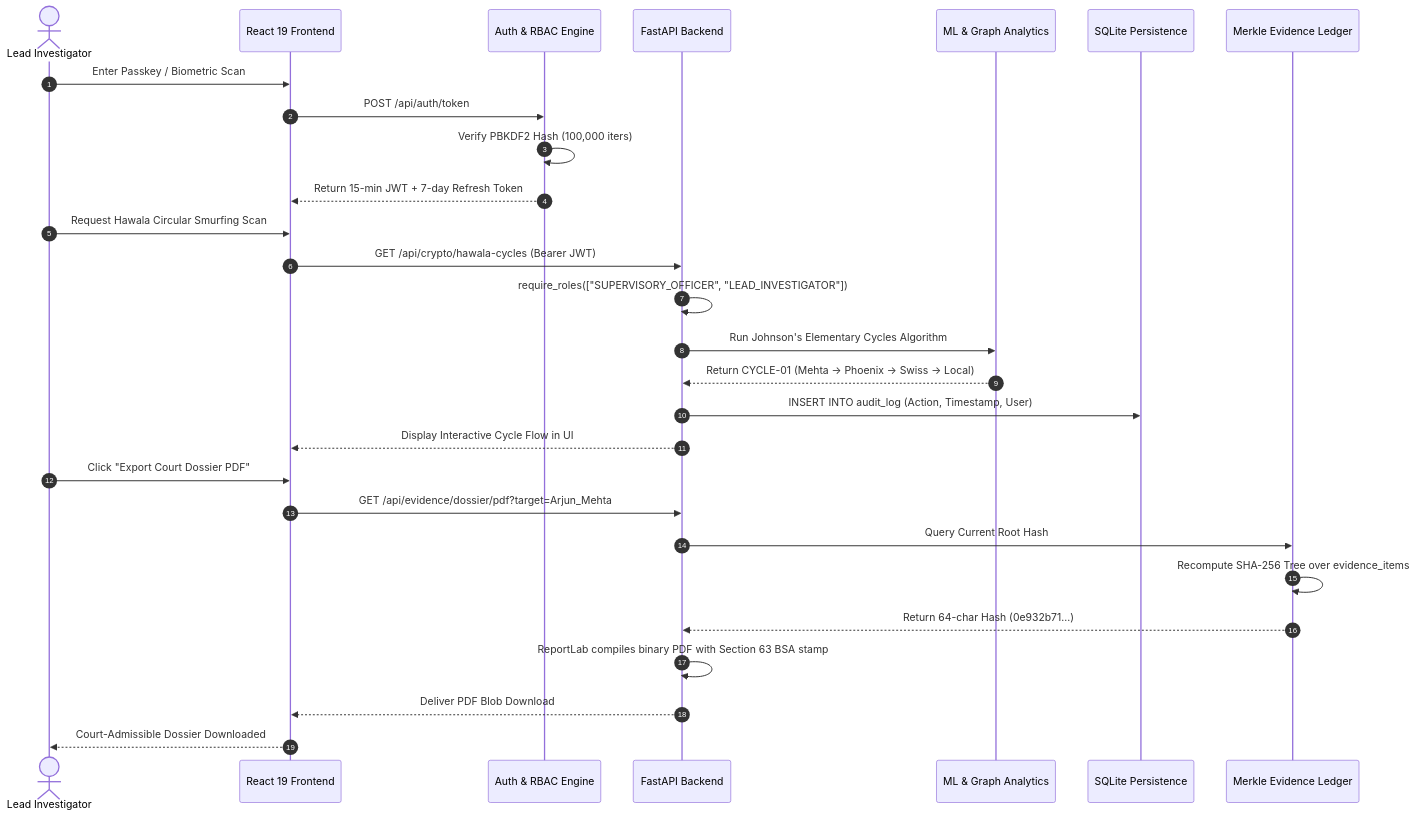
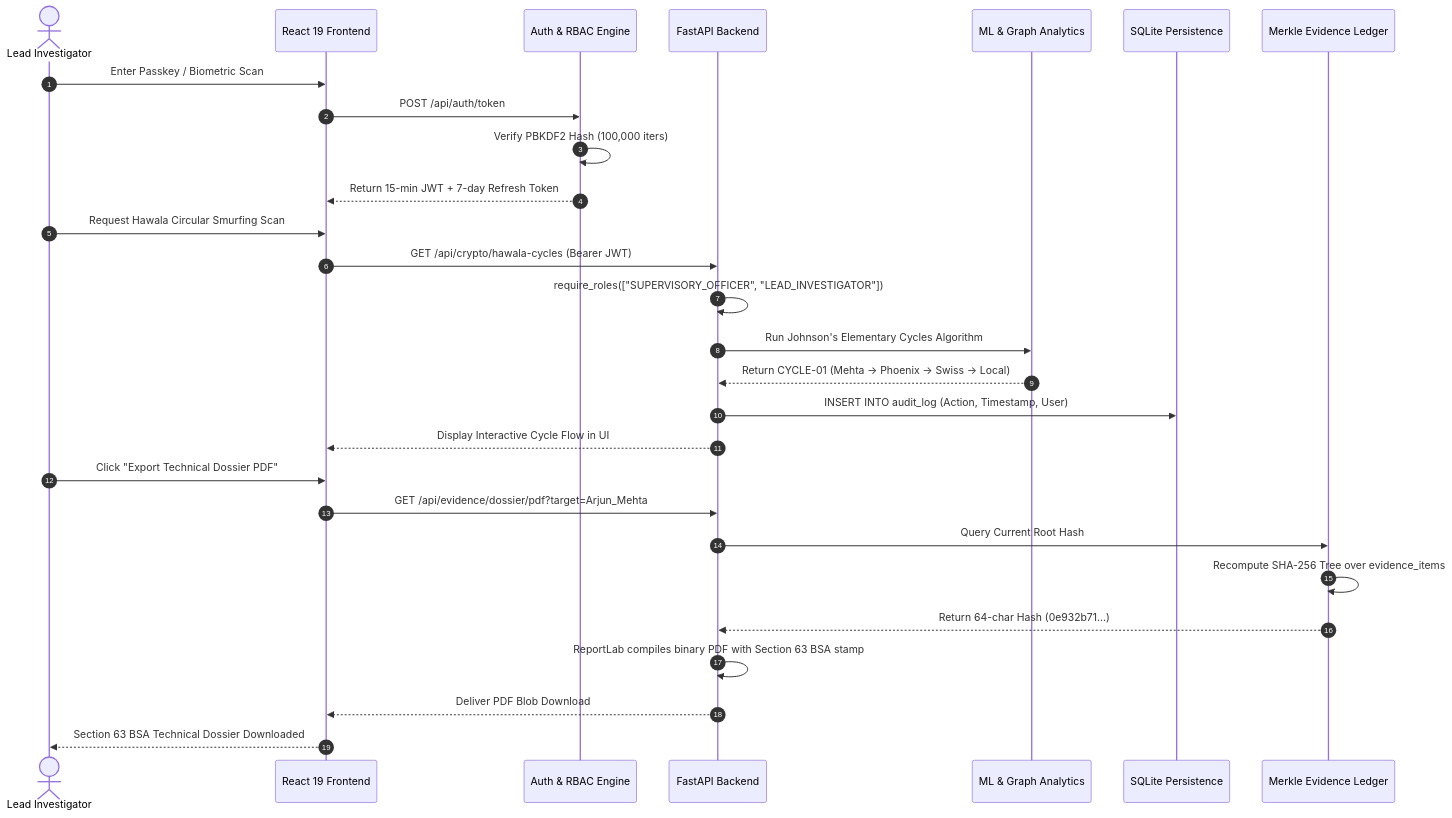
The first of 3 diagrams in CRIMENET_AI_COMPLETE_MASTER_GUIDE.md (pawaraditya0903/crimenet-ai), drawn with Mermaid before and after one commit. The commit also changed other lines of this file and 2 other files, not shown here.

Commit message:
docs: calibrate master PDF documentation and guide with empirical 10k benchmark and verified technical integrity

````diff
--- a/CRIMENET_AI_COMPLETE_MASTER_GUIDE.md
+++ b/CRIMENET_AI_COMPLETE_MASTER_GUIDE.md
@@ -187,33 +187,33 @@
 ```mermaid
 sequenceDiagram
     autonumber
     actor Officer as Lead Investigator
     participant UI as React 19 Frontend
     participant Auth as Auth & RBAC Engine
     participant API as FastAPI Backend
     participant ML as ML & Graph Analytics
     participant DB as SQLite Persistence
     participant Merkle as Merkle Evidence Ledger
 
     Officer->>UI: Enter Passkey / Biometric Scan
     UI->>Auth: POST /api/auth/token
     Auth->>Auth: Verify PBKDF2 Hash (100,000 iters)
     Auth-->>UI: Return 15-min JWT + 7-day Refresh Token
     
     Officer->>UI: Request Hawala Circular Smurfing Scan
     UI->>API: GET /api/crypto/hawala-cycles (Bearer JWT)
     API->>API: require_roles(["SUPERVISORY_OFFICER", "LEAD_INVESTIGATOR"])
     API->>ML: Run Johnson's Elementary Cycles Algorithm
     ML-->>API: Return CYCLE-01 (Mehta -> Phoenix -> Swiss -> Local)
     API->>DB: INSERT INTO audit_log (Action, Timestamp, User)
     API-->>UI: Display Interactive Cycle Flow in UI
 
-    Officer->>UI: Click "Export Court Dossier PDF"
+    Officer->>UI: Click "Export Technical Dossier PDF"
     UI->>API: GET /api/evidence/dossier/pdf?target=Arjun_Mehta
     API->>Merkle: Query Current Root Hash
     Merkle->>Merkle: Recompute SHA-256 Tree over evidence_items
     Merkle-->>API: Return 64-char Hash (0e932b71...)
     API->>API: ReportLab compiles binary PDF with Section 63 BSA stamp
     API-->>UI: Deliver PDF Blob Download
-    UI-->>Officer: Court-Admissible Dossier Downloaded
+    UI-->>Officer: Section 63 BSA Technical Dossier Downloaded
 ```
````
